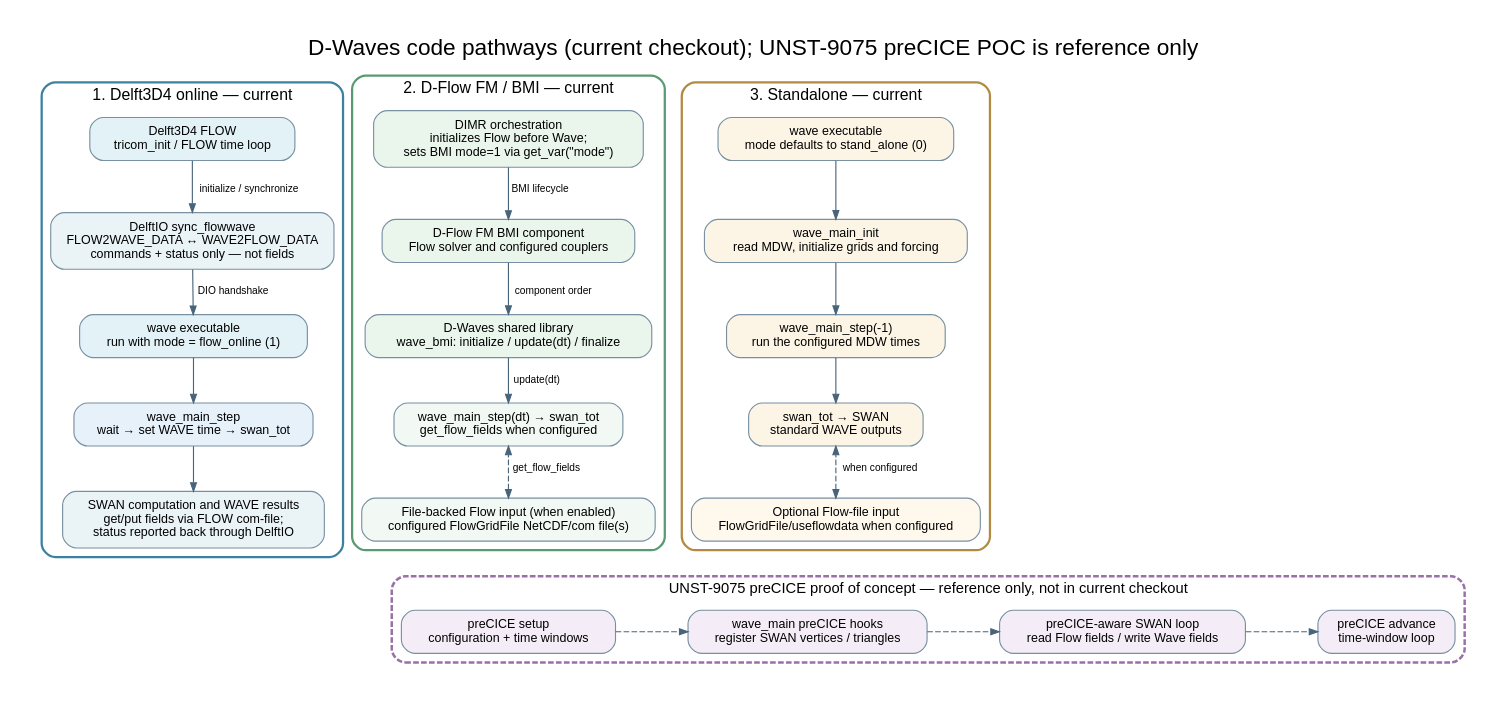
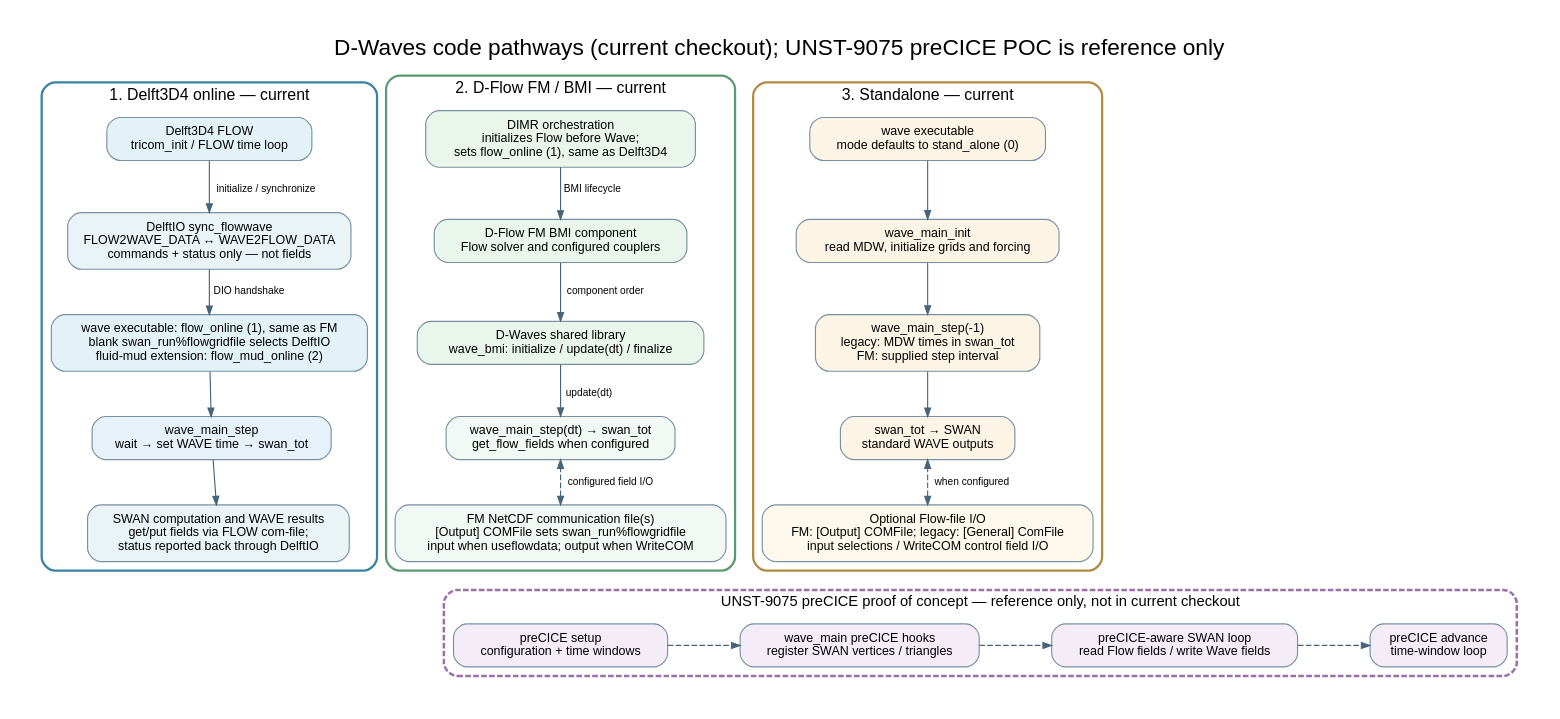
The diagram in src/engines_gpl/wave/docs/include/dwaves_code_pathways.dot (Deltares/Delft3D), drawn with Graphviz before and after one commit. The commit also changed 9 other files, not shown here.

```diff
--- a/src/engines_gpl/wave/docs/include/dwaves_code_pathways.dot
+++ b/src/engines_gpl/wave/docs/include/dwaves_code_pathways.dot
@@ -1,92 +1,92 @@
 digraph dwaves_code_pathways {
     graph [
         label="D-Waves code pathways (current checkout); UNST-9075 preCICE POC is reference only",
         labelloc=t,
         fontsize=20,
         fontname="Helvetica",
         rankdir=TB,
         compound=true,
         newrank=true,
         nodesep=0.45,
         ranksep=0.4,
         pad=0.3,
         bgcolor="white"
     ];
     node [shape=box, style="rounded,filled", fontname="Helvetica", fontsize=11, margin="0.16,0.10", color="#7890A2"];
     edge [fontname="Helvetica", fontsize=9, color="#48647A", arrowsize=0.75];
 
     subgraph cluster_d4 {
         label="1. Delft3D4 online — current";
         fontsize=14;
         color="#3B82A0";
         penwidth=2;
         style="rounded";
         flow4    [label="Delft3D4 FLOW\ntricom_init / FLOW time loop", fillcolor="#E3F2F7"];
         dio      [label="DelftIO sync_flowwave\nFLOW2WAVE_DATA ↔ WAVE2FLOW_DATA\ncommands + status only — not fields", fillcolor="#EAF4F7"];
-        wave4    [label="wave executable\nrun with mode = flow_online (1)", fillcolor="#E3F2F7"];
+        wave4    [label="wave executable: flow_online (1), same as FM\nblank swan_run%flowgridfile selects DelftIO\nfluid-mud extension: flow_mud_online (2)", fillcolor="#E3F2F7"];
         manager4 [label="wave_main_step\nwait → set WAVE time → swan_tot", fillcolor="#E7F1FA"];
         swan4    [label="SWAN computation and WAVE results\nget/put fields via FLOW com-file;\nstatus reported back through DelftIO", fillcolor="#EAF4F7"];
         flow4 -> dio [label="initialize / synchronize"];
         dio -> wave4 [label="DIO handshake"];
         wave4 -> manager4;
         manager4 -> swan4;
     }
 
     subgraph cluster_fm {
         label="2. D-Flow FM / BMI — current";
         fontsize=14;
         color="#5A9A72";
         penwidth=2;
         style="rounded";
-        dimr     [label="DIMR orchestration\ninitializes Flow before Wave;\nsets BMI mode=1 via get_var(\"mode\")", fillcolor="#EAF5EC"];
+        dimr     [label="DIMR orchestration\ninitializes Flow before Wave;\nsets flow_online (1), same as Delft3D4", fillcolor="#EAF5EC"];
         fmcomp   [label="D-Flow FM BMI component\nFlow solver and configured couplers", fillcolor="#EAF5EC"];
         bmi      [label="D-Waves shared library\nwave_bmi: initialize / update(dt) / finalize", fillcolor="#EAF5EC"];
         swan_fm  [label="wave_main_step(dt) → swan_tot\nget_flow_fields when configured", fillcolor="#F2F8F3"];
-        files_fm [label="File-backed Flow input (when enabled)\nconfigured FlowGridFile NetCDF/com file(s)", fillcolor="#F2F8F3"];
+        files_fm [label="FM NetCDF communication file(s)\n[Output] COMFile sets swan_run%flowgridfile\ninput when useflowdata; output when WriteCOM", fillcolor="#F2F8F3"];
         dimr -> fmcomp [label="BMI lifecycle"];
         fmcomp -> bmi [label="component order"];
         bmi -> swan_fm [label="update(dt)"];
-        files_fm -> swan_fm [label="get_flow_fields", dir=both, style=dashed];
+        files_fm -> swan_fm [label="configured field I/O", dir=both, style=dashed];
     }
 
     subgraph cluster_standalone {
         label="3. Standalone — current";
         fontsize=14;
         color="#B28B42";
         penwidth=2;
         style="rounded";
         exe       [label="wave executable\nmode defaults to stand_alone (0)", fillcolor="#FCF5E6"];
         init      [label="wave_main_init\nread MDW, initialize grids and forcing", fillcolor="#FCF5E6"];
-        step      [label="wave_main_step(-1)\nrun the configured MDW times", fillcolor="#FCF5E6"];
+        step      [label="wave_main_step(-1)\nlegacy: MDW times in swan_tot\nFM: supplied step interval", fillcolor="#FCF5E6"];
         swan_solo [label="swan_tot → SWAN\nstandard WAVE outputs", fillcolor="#FCF5E6"];
-        flowfile  [label="Optional Flow-file input\nFlowGridFile/useflowdata when configured", fillcolor="#FFF9ED"];
+        flowfile  [label="Optional Flow-file I/O\nFM: [Output] COMFile; legacy: [General] ComFile\ninput selections / WriteCOM control field I/O", fillcolor="#FFF9ED"];
         exe -> init -> step -> swan_solo;
         flowfile -> swan_solo [label="when configured", dir=both, style=dashed, constraint=false];
     }
 
     subgraph cluster_poc {
         label="UNST-9075 preCICE proof of concept — reference only, not in current checkout";
         fontsize=13;
         color="#9B70A8";
         penwidth=2.2;
         style="rounded,dashed";
         precice [label="preCICE setup\nconfiguration + time windows", fillcolor="#F4ECF7"];
         mesh    [label="wave_main preCICE hooks\nregister SWAN vertices / triangles", fillcolor="#F4ECF7"];
         fields  [label="preCICE-aware SWAN loop\nread Flow fields / write Wave fields", fillcolor="#F4ECF7"];
         advance [label="preCICE advance\ntime-window loop", fillcolor="#F4ECF7"];
         precice -> mesh -> fields -> advance [style=dashed];
         { rank=same; precice; mesh; fields; advance; }
     }
 
     // Align the three current pathways into side-by-side columns, row by row
     { rank=same; flow4; dimr; exe; }
     { rank=same; dio; fmcomp; init; }
     { rank=same; wave4; bmi; step; }
     { rank=same; manager4; swan_fm; swan_solo; }
     { rank=same; swan4; files_fm; flowfile; }
 
     // Force the preCICE reference panel to render below the three columns
     swan4 -> precice [style=invis];
     files_fm -> precice [style=invis];
     flowfile -> precice [style=invis];
 }
```
